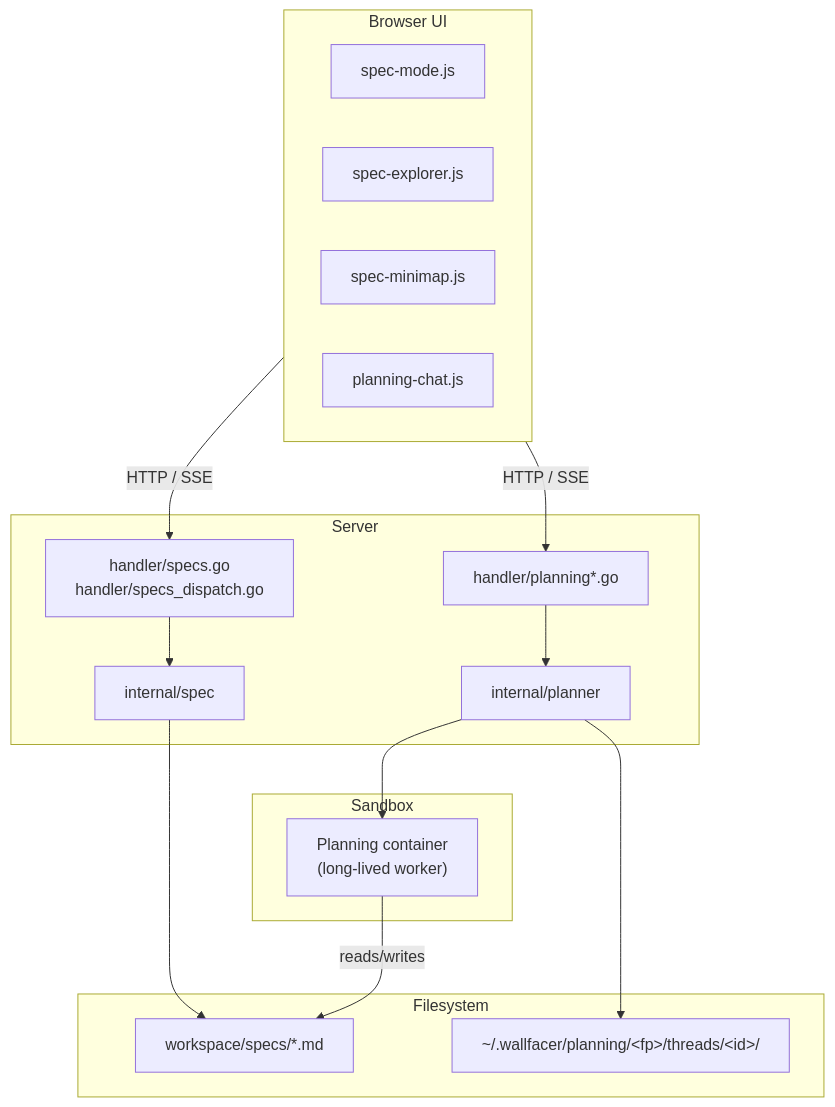
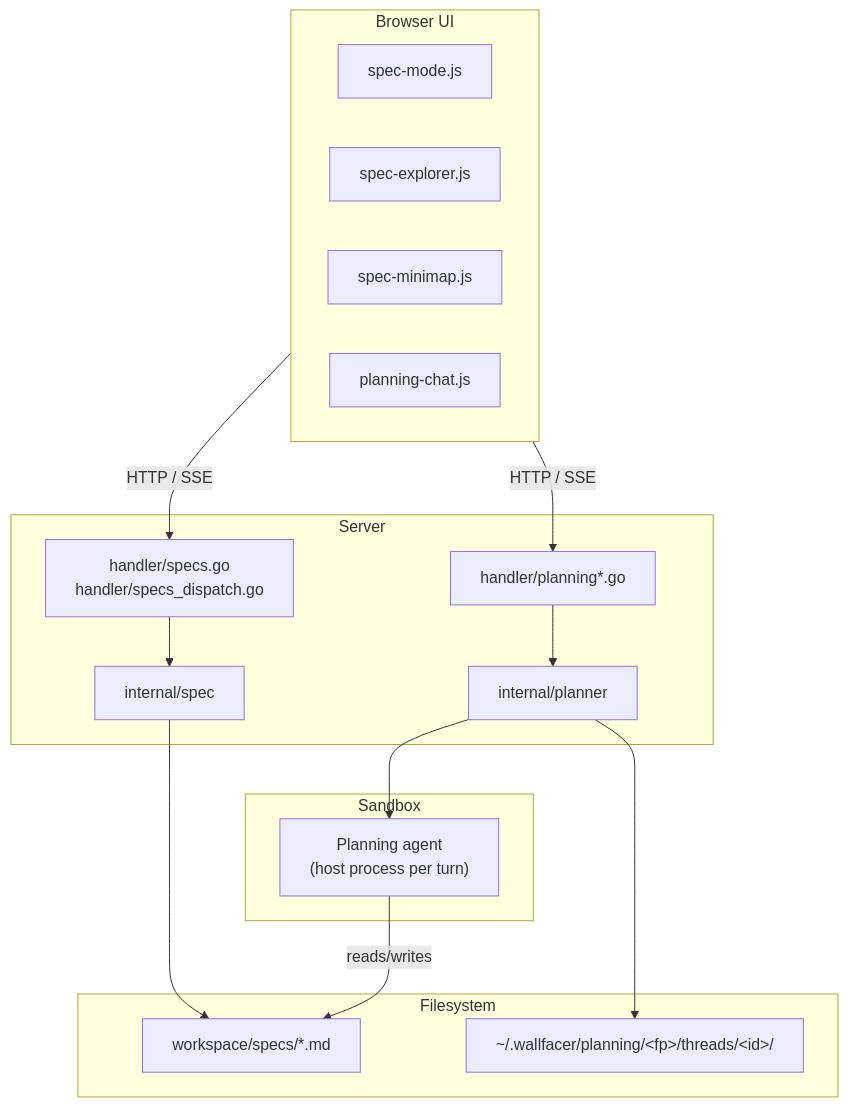
The first of 3 diagrams in docs/internals/plan-mode.md (changkun/wallfacer), drawn with Mermaid before and after one commit. The commit also changed other lines of this file, not shown here.

Commit message:
docs/internals: fix planner diagram + UpdateWorkspaces container wording

````diff
--- a/docs/internals/plan-mode.md
+++ b/docs/internals/plan-mode.md
@@ -7,31 +7,31 @@
 ```mermaid
 flowchart TB
   subgraph UI["Browser UI"]
     ModePlan["spec-mode.js"]
     Explorer["spec-explorer.js"]
     Minimap["spec-minimap.js"]
     Chat["planning-chat.js"]
   end
   subgraph Server
     SpecsH["handler/specs.go<br/>handler/specs_dispatch.go"]
     PlanH["handler/planning*.go"]
     Spec["internal/spec"]
     Planner["internal/planner"]
   end
   subgraph FS["Filesystem"]
     specsDir["workspace/specs/*.md"]
     threadsDir["~/.wallfacer/planning/&lt;fp&gt;/threads/&lt;id&gt;/"]
   end
   subgraph Sandbox
-    Box["Planning container<br/>(long-lived worker)"]
+    Box["Planning agent<br/>(host process per turn)"]
   end
 
   UI -->|HTTP / SSE| SpecsH
   UI -->|HTTP / SSE| PlanH
   SpecsH --> Spec
   Spec --> specsDir
   PlanH --> Planner
   Planner --> Box
   Planner --> threadsDir
   Box -->|reads/writes| specsDir
 ```
````
